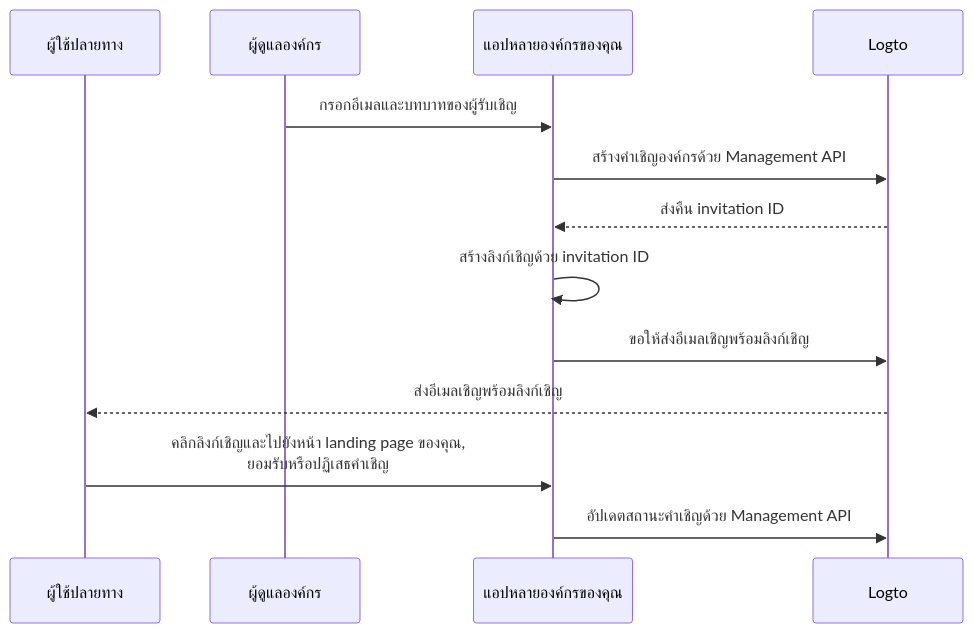
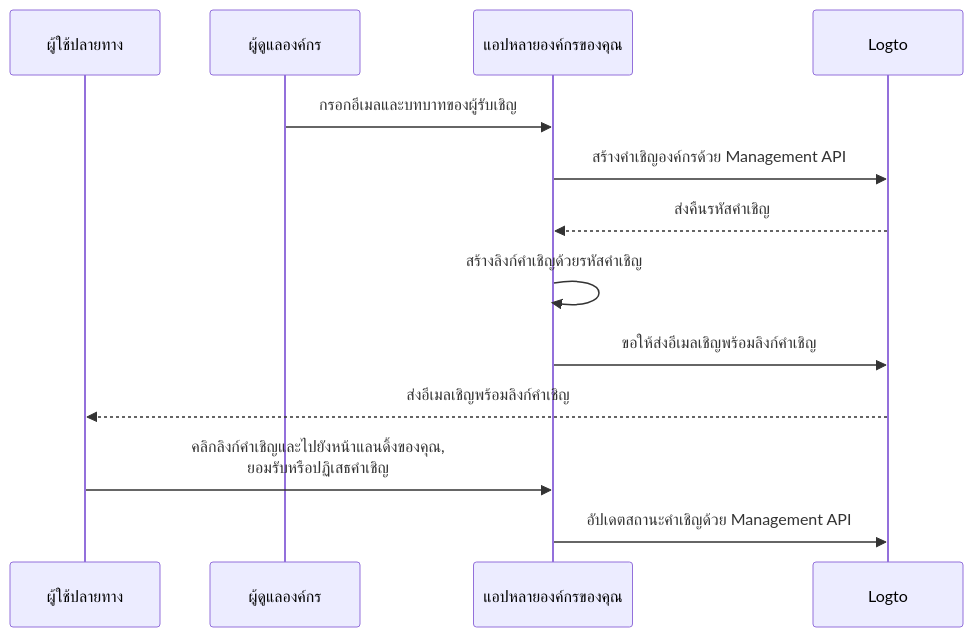
One commit to logto-io/docs changed the diagram in i18n/th/docusaurus-plugin-content-docs/current/end-user-flows/organization-experience/invite-organization-members.mdx. Above: the diagram before and after it, drawn with Mermaid. The commit also changed other lines of this file and 35 other files, not shown here.

````diff
--- a/i18n/th/docusaurus-plugin-content-docs/current/end-user-flows/organization-experience/invite-organization-members.mdx
+++ b/i18n/th/docusaurus-plugin-content-docs/current/end-user-flows/organization-experience/invite-organization-members.mdx
@@ -13,16 +13,16 @@
 ```mermaid
 sequenceDiagram
 	Participant U as ผู้ใช้ปลายทาง
   Participant A as ผู้ดูแลองค์กร
   Participant C as แอปหลายองค์กรของคุณ
 	Participant L as Logto
 
   A ->> C: กรอกอีเมลและบทบาทของผู้รับเชิญ
   C ->> L: สร้างคำเชิญองค์กรด้วย Management API
-  L -->> C: ส่งคืน invitation ID
-  C ->> C: สร้างลิงก์เชิญด้วย invitation ID
-  C ->> L: ขอให้ส่งอีเมลเชิญพร้อมลิงก์เชิญ
-  L -->> U: ส่งอีเมลเชิญพร้อมลิงก์เชิญ
-  U ->> C: คลิกลิงก์เชิญและไปยังหน้า landing page ของคุณ,<br /> ยอมรับหรือปฏิเสธคำเชิญ
+  L -->> C: ส่งคืนรหัสคำเชิญ
+  C ->> C: สร้างลิงก์คำเชิญด้วยรหัสคำเชิญ
+  C ->> L: ขอให้ส่งอีเมลเชิญพร้อมลิงก์คำเชิญ
+  L -->> U: ส่งอีเมลเชิญพร้อมลิงก์คำเชิญ
+  U ->> C: คลิกลิงก์คำเชิญและไปยังหน้าแลนดิ้งของคุณ,<br /> ยอมรับหรือปฏิเสธคำเชิญ
   C ->> L: อัปเดตสถานะคำเชิญด้วย Management API
 ```
````
